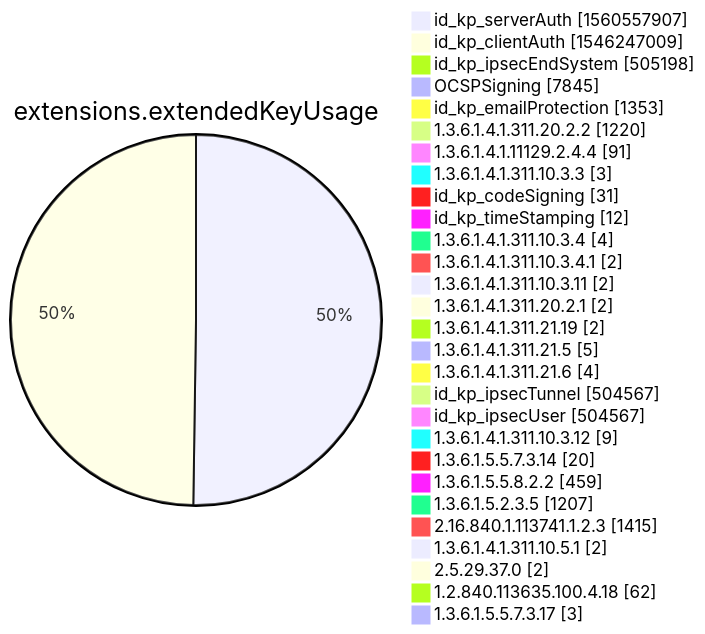
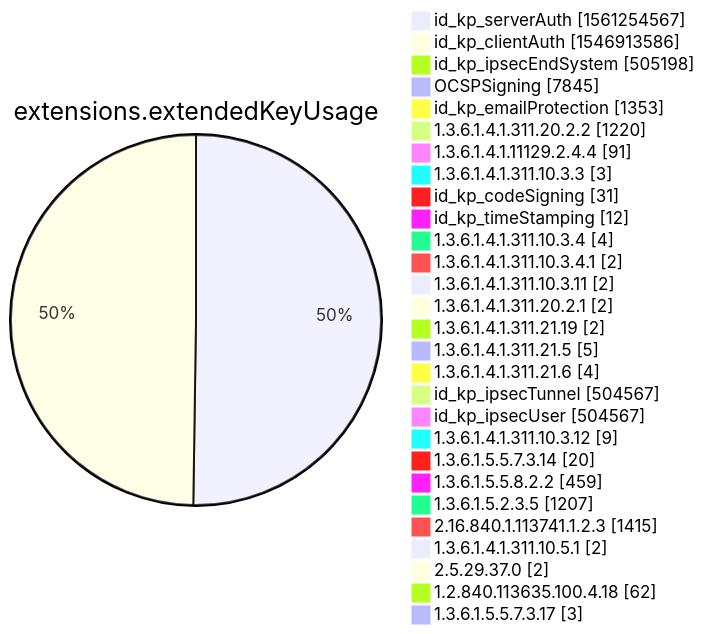
Before and after one commit to christiankrug/ctmonitor_visualization: diagram 12 of 15 in xenon2022/README.md, drawn with Mermaid. The commit also changed other lines of this file, not shown here.

````diff
--- a/xenon2022/README.md
+++ b/xenon2022/README.md
@@ -3883,32 +3883,32 @@
 ```mermaid
 pie showData
 title extensions.extendedKeyUsage
-"id_kp_serverAuth" :1560557907
-"id_kp_clientAuth" :1546247009
+"id_kp_serverAuth" :1561254567
+"id_kp_clientAuth" :1546913586
 "id_kp_ipsecEndSystem" :505198
 "OCSPSigning" :7845
 "id_kp_emailProtection" :1353
 "1.3.6.1.4.1.311.20.2.2" :1220
 "1.3.6.1.4.1.11129.2.4.4" :91
 "1.3.6.1.4.1.311.10.3.3" :3
 "id_kp_codeSigning" :31
 "id_kp_timeStamping" :12
 "1.3.6.1.4.1.311.10.3.4" :4
 "1.3.6.1.4.1.311.10.3.4.1" :2
 "1.3.6.1.4.1.311.10.3.11" :2
 "1.3.6.1.4.1.311.20.2.1" :2
 "1.3.6.1.4.1.311.21.19" :2
 "1.3.6.1.4.1.311.21.5" :5
 "1.3.6.1.4.1.311.21.6" :4
 "id_kp_ipsecTunnel" :504567
 "id_kp_ipsecUser" :504567
 "1.3.6.1.4.1.311.10.3.12" :9
 "1.3.6.1.5.5.7.3.14" :20
 "1.3.6.1.5.5.8.2.2" :459
 "1.3.6.1.5.2.3.5" :1207
 "2.16.840.1.113741.1.2.3" :1415
 "1.3.6.1.4.1.311.10.5.1" :2
 "2.5.29.37.0" :2
 "1.2.840.113635.100.4.18" :62
 "1.3.6.1.5.5.7.3.17" :3
 ```
````
